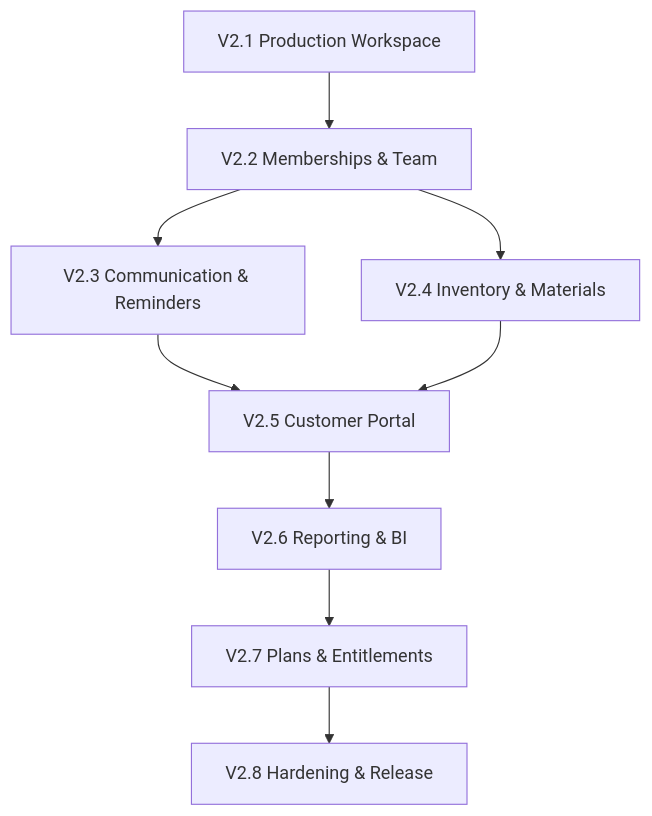
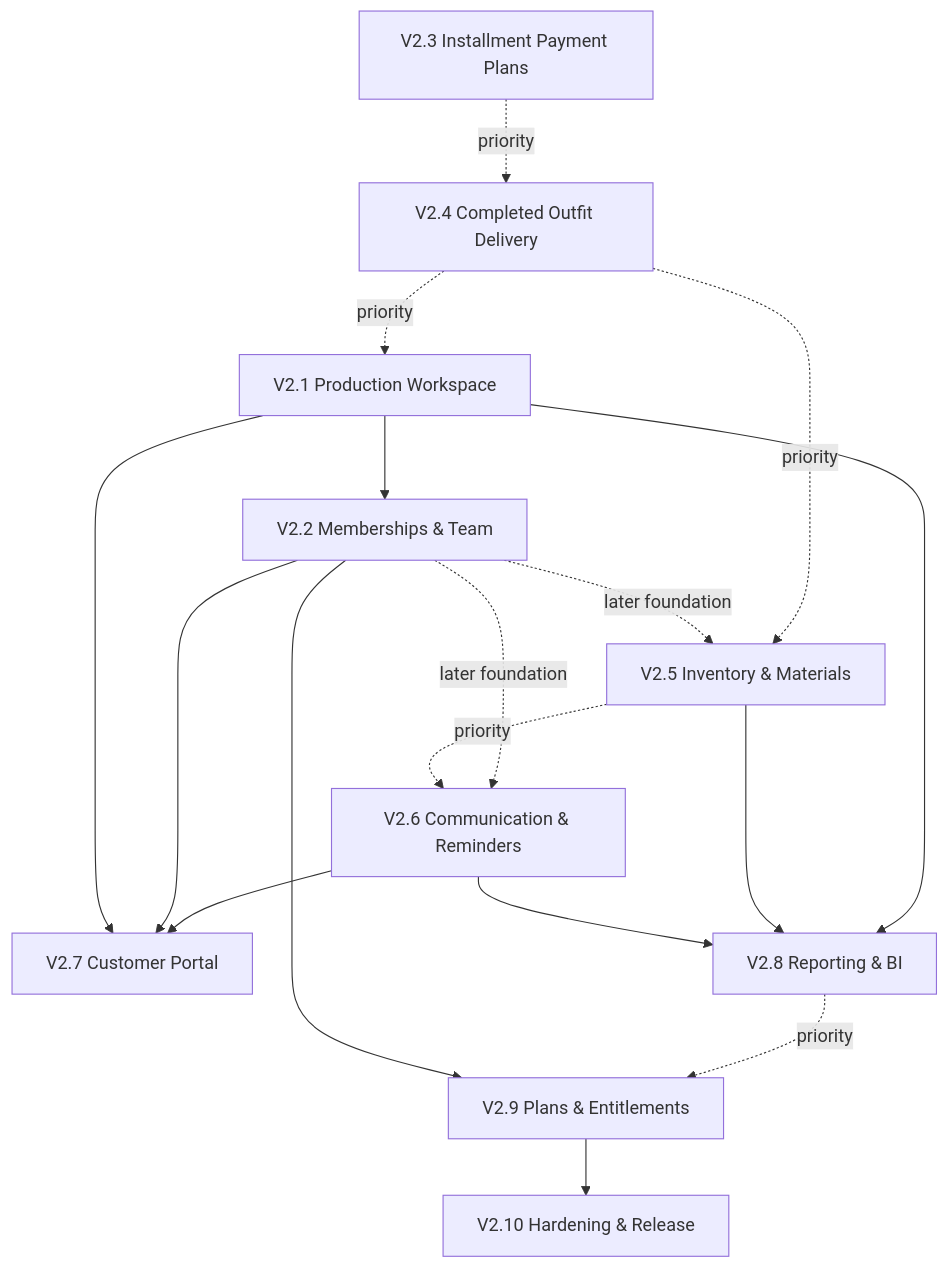
The diagram in docs/VERSION_2_ROADMAP.md (OyeAbiodun/FashionHub), drawn with Mermaid before and after one commit. The commit also changed other lines of this file and 151 other files, not shown here.

````diff
--- a/docs/VERSION_2_ROADMAP.md
+++ b/docs/VERSION_2_ROADMAP.md
@@ -9,11 +9,19 @@
 ```mermaid
 flowchart TD
-    P["V2.1 Production Workspace"] --> M["V2.2 Memberships & Team"]
-    M --> C["V2.3 Communication & Reminders"]
-    M --> I["V2.4 Inventory & Materials"]
-    C --> CP["V2.5 Customer Portal"]
-    I --> CP
-    CP --> R["V2.6 Reporting & BI"]
-    R --> E["V2.7 Plans & Entitlements"]
-    E --> H["V2.8 Hardening & Release"]
+    IP["V2.3 Installment Payment Plans"] -. priority .-> D["V2.4 Completed Outfit Delivery"]
+    D -. priority .-> P["V2.1 Production Workspace"]
+    P --> M["V2.2 Memberships & Team"]
+    D -. priority .-> I["V2.5 Inventory & Materials"]
+    M -. later foundation .-> I
+    M -. later foundation .-> C
+    I -. priority .-> C["V2.6 Communication & Reminders"]
+    C --> CP["V2.7 Customer Portal"]
+    M --> CP
+    P --> CP
+    P --> R["V2.8 Reporting & BI"]
+    I --> R
+    C --> R
+    R -. priority .-> E["V2.9 Plans & Entitlements"]
+    M --> E
+    E --> H["V2.10 Hardening & Release"]
 ```
````
